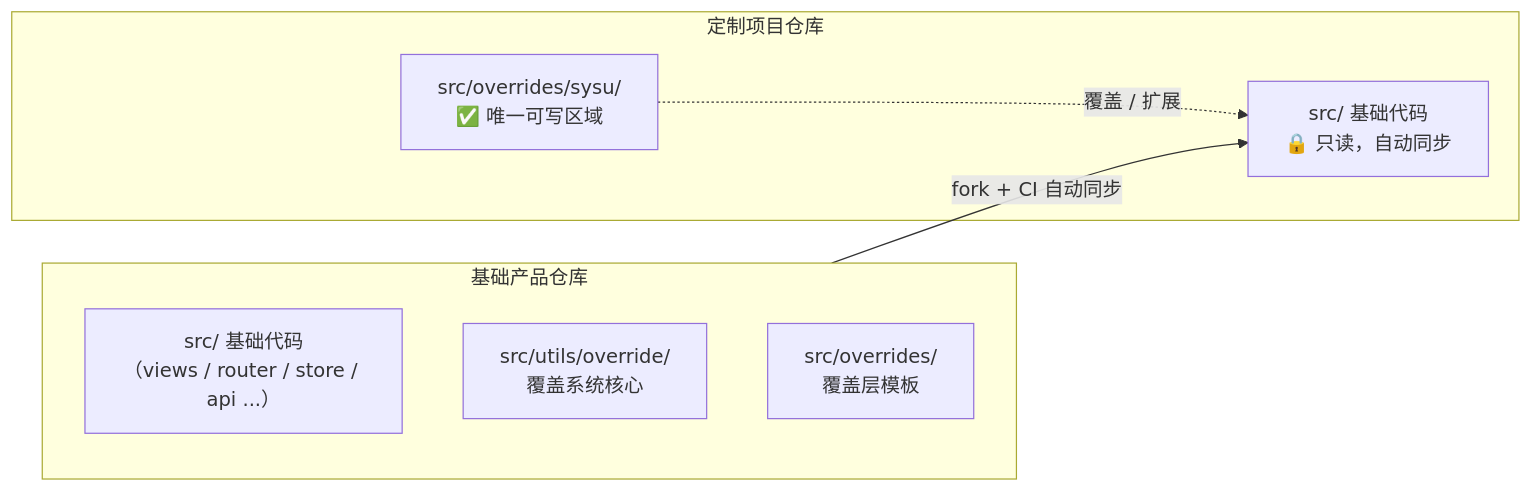
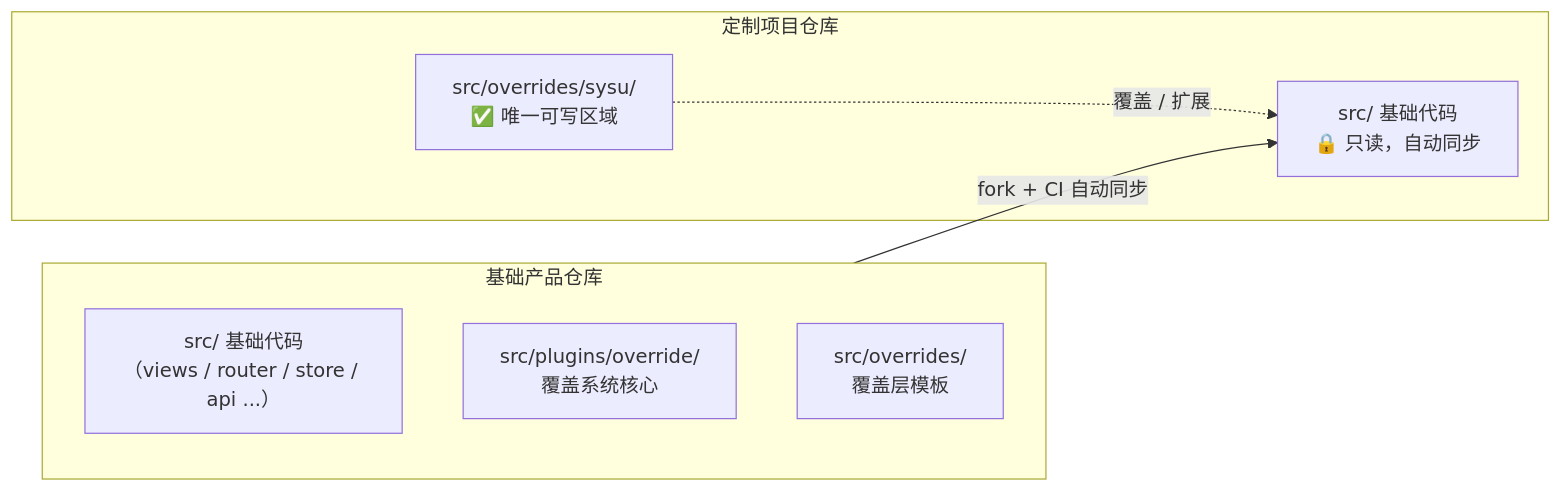
The first of 2 diagrams in docs/rfcs/override-layer-architecture.md (sunweijieMJ/aix), drawn with Mermaid before and after one commit. The commit also changed other lines of this file and 32 other files, not shown here.

First line of the commit message:
feat(override-cli): 升级为三层架构，工具库路径迁移至 plugins/override

````diff
--- a/docs/rfcs/override-layer-architecture.md
+++ b/docs/rfcs/override-layer-architecture.md
@@ -67,16 +67,16 @@
 ```mermaid
 flowchart LR
     subgraph BASE["基础产品仓库"]
         B1["src/ 基础代码<br/>（views / router / store / api ...）"]
-        B2["src/utils/override/<br/>覆盖系统核心"]
+        B2["src/plugins/override/<br/>覆盖系统核心"]
         B3["src/overrides/<br/>覆盖层模板"]
     end
 
     subgraph CUSTOM["定制项目仓库"]
         C1["src/ 基础代码<br/>🔒 只读，自动同步"]
         C2["src/overrides/sysu/<br/>✅ 唯一可写区域"]
     end
 
     BASE -- "fork + CI 自动同步" --> C1
     C2 -. "覆盖 / 扩展" .-> C1
 ```
````
